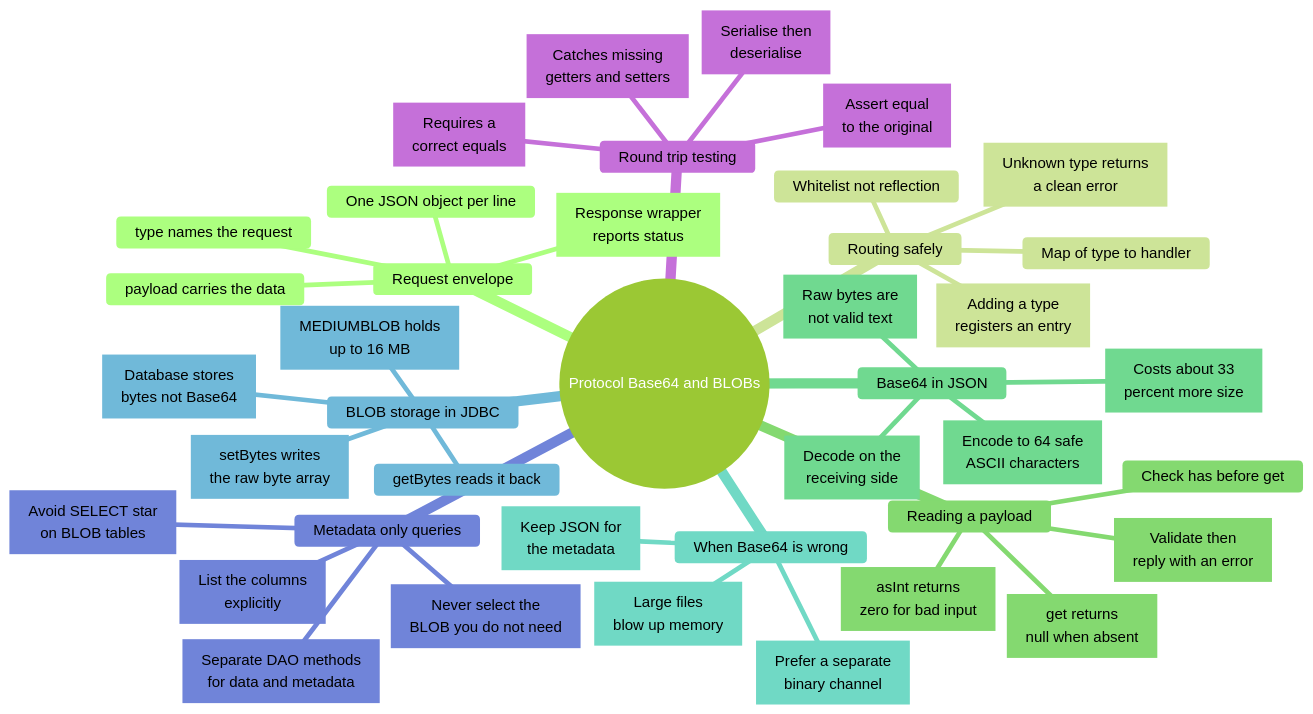
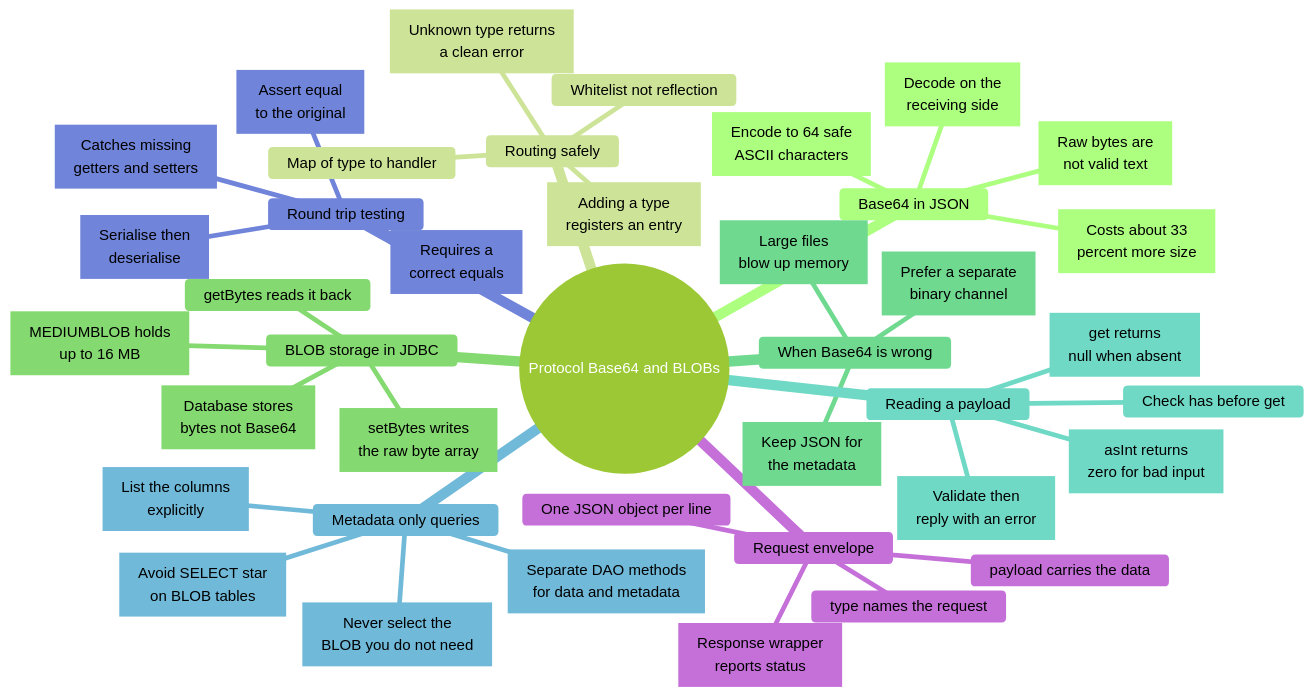
One commit to nmcguinness/L8-OOP-Module-Content changed diagram 12 of 13 in notes/shared/mind maps/revision_t10_t22.md. Above: the diagram before and after it, drawn with Mermaid. The commit also changed other lines of this file and 4 other files, not shown here.

Commit message:
fixed mindmap label truncation and added admonitions test

````diff
--- a/notes/shared/mind maps/revision_t10_t22.md
+++ b/notes/shared/mind maps/revision_t10_t22.md
@@ -1576,79 +1576,79 @@
 ```mermaid
 ---
 title: "Protocol Base64 and BLOBs"
 accDescr: "Mind map of Protocol Base64 and BLOBs. Branches: Request envelope; Routing safely; Reading a payload; Base64 in JSON; When Base64 is wrong; BLOB storage in JDBC; Metadata only queries; Round trip testing."
 ---
 %%{init: { "theme": "forest", "markdownAutoWrap": false, "mindmap": { "maxNodeWidth": 300 } }}%%
 mindmap
   root((Protocol Base64 and BLOBs))
-    Request envelope
-      type names the request
-      payload carries the data
-      One JSON object per line
-      n1["`Response wrapper
-      reports status`"]
-
-    Routing safely
-      Map of type to handler
-      Whitelist not reflection
-      n2["`Unknown type returns
-      a clean error`"]
-      n3["`Adding a type
-      registers an entry`"]
-
-    Reading a payload
-      Check has before get
-      n4["`get returns
-      null when absent`"]
-      n5["`asInt returns
-      zero for bad input`"]
-      n6["`Validate then
-      reply with an error`"]
-
     Base64 in JSON
       n7["`Raw bytes are
       not valid text`"]
       n8["`Encode to 64 safe
       ASCII characters`"]
       n9["`Costs about 33
       percent more size`"]
       n10["`Decode on the
       receiving side`"]
 
-    When Base64 is wrong
-      n11["`Large files
-      blow up memory`"]
-      n12["`Prefer a separate
-      binary channel`"]
-      n13["`Keep JSON for
-      the metadata`"]
+    Routing safely
+      Map of type to handler
+      Whitelist not reflection
+      n2["`Unknown type returns
+      a clean error`"]
+      n3["`Adding a type
+      registers an entry`"]
 
     BLOB storage in JDBC
       n14["`MEDIUMBLOB holds
       up to 16 MB`"]
       n15["`setBytes writes
       the raw byte array`"]
       getBytes reads it back
       n16["`Database stores
       bytes not Base64`"]
+
+    When Base64 is wrong
+      n11["`Large files
+      blow up memory`"]
+      n12["`Prefer a separate
+      binary channel`"]
+      n13["`Keep JSON for
+      the metadata`"]
+
+    Reading a payload
+      Check has before get
+      n4["`get returns
+      null when absent`"]
+      n5["`asInt returns
+      zero for bad input`"]
+      n6["`Validate then
+      reply with an error`"]
 
     Metadata only queries
       n17["`Never select the
       BLOB you do not need`"]
       n18["`List the columns
       explicitly`"]
       n19["`Avoid SELECT star
       on BLOB tables`"]
       n20["`Separate DAO methods
       for data and metadata`"]
 
     Round trip testing
       n21["`Serialise then
       deserialise`"]
       n22["`Assert equal
       to the original`"]
       n23["`Requires a
       correct equals`"]
       n24["`Catches missing
       getters and setters`"]
+
+    Request envelope
+      type names the request
+      payload carries the data
+      One JSON object per line
+      n1["`Response wrapper
+      reports status`"]
 ```
````
